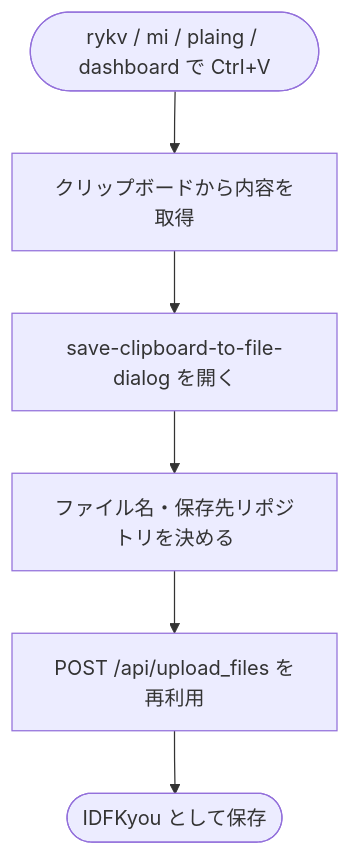
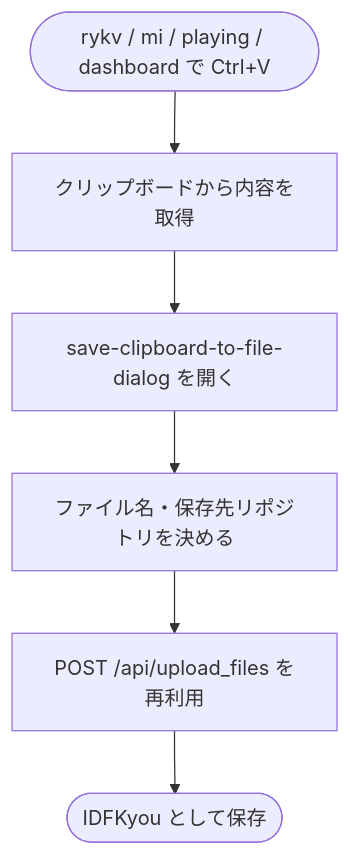
Before and after one commit to mt3hr/gkill: diagram 13 of 15 in documents/reverse/activity-diagrams.md, drawn with Mermaid. The commit also changed 308 other files, not shown here.

First line of the commit message:
Fix 綴り plaing を playing へ改名し、互換を残さない

````diff
--- a/documents/reverse/activity-diagrams.md
+++ b/documents/reverse/activity-diagrams.md
@@ -407,8 +407,8 @@
 ```mermaid
 flowchart TD
-    Start([rykv / mi / plaing / dashboard で Ctrl+V]) --> Read[クリップボードから内容を取得]
+    Start([rykv / mi / playing / dashboard で Ctrl+V]) --> Read[クリップボードから内容を取得]
     Read --> Dialog[save-clipboard-to-file-dialog を開く]
     Dialog --> Name[ファイル名・保存先リポジトリを決める]
     Name --> Upload[POST /api/upload_files を再利用]
     Upload --> Done([IDFKyou として保存])
 ```
````
